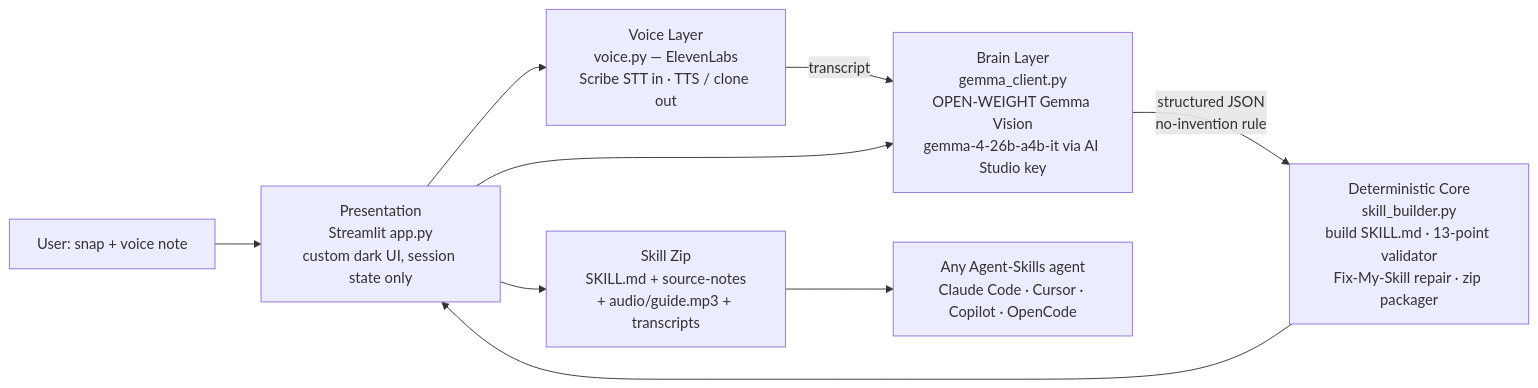
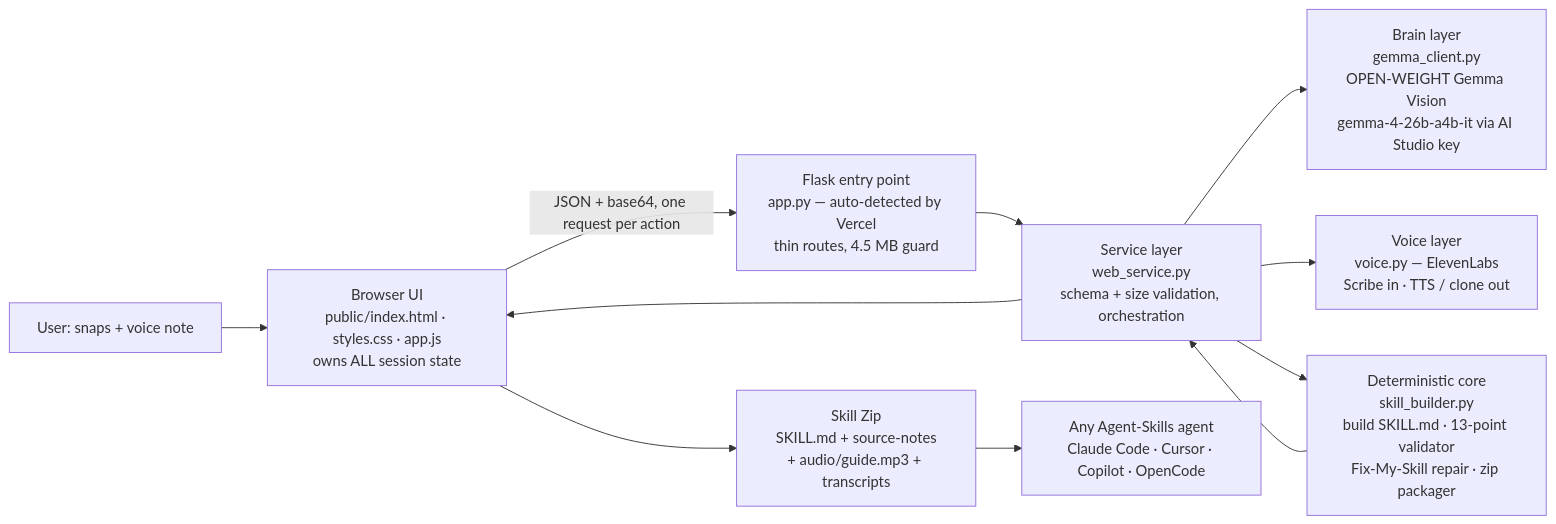
Before and after one commit to leadforgeagency/skiilll2snap: the diagram in ARCHITECTURE.md, drawn with Mermaid. The commit also changed other lines of this file and 19 other files, not shown here.

Commit message:
Snap2Skill v3 — Vercel-native web UI (static public/ + Flask Functions) sharing the same Gemma/ElevenLabs/validator core

````diff
--- a/ARCHITECTURE.md
+++ b/ARCHITECTURE.md
@@ -3,12 +8,12 @@
 ```mermaid
 flowchart LR
-    U[User: snap + voice note] --> UI[Presentation<br/>Streamlit app.py<br/>custom dark UI, session state only]
-    UI --> VL[Voice Layer<br/>voice.py — ElevenLabs<br/>Scribe STT in · TTS / clone out]
-    VL -->|transcript| BL
-    UI --> BL[Brain Layer<br/>gemma_client.py<br/>OPEN-WEIGHT Gemma Vision<br/>gemma-4-26b-a4b-it via AI Studio key]
-    BL -->|structured JSON<br/>no-invention rule| CORE
-    CORE[Deterministic Core<br/>skill_builder.py<br/>build SKILL.md · 13-point validator<br/>Fix-My-Skill repair · zip packager]
-    CORE --> UI
+    U[User: snaps + voice note] --> UI[Browser UI<br/>public/index.html · styles.css · app.js<br/>owns ALL session state]
+    UI -->|JSON + base64, one request per action| FL[Flask entry point<br/>app.py — auto-detected by Vercel<br/>thin routes, 4.5 MB guard]
+    FL --> SV[Service layer<br/>web_service.py<br/>schema + size validation, orchestration]
+    SV --> BL[Brain layer<br/>gemma_client.py<br/>OPEN-WEIGHT Gemma Vision<br/>gemma-4-26b-a4b-it via AI Studio key]
+    SV --> VL[Voice layer<br/>voice.py — ElevenLabs<br/>Scribe in · TTS / clone out]
+    SV --> CORE[Deterministic core<br/>skill_builder.py<br/>build SKILL.md · 13-point validator<br/>Fix-My-Skill repair · zip packager]
+    CORE --> SV --> UI
     UI --> ZIP[Skill Zip<br/>SKILL.md + source-notes<br/>+ audio/guide.mp3 + transcripts]
     ZIP --> AGENTS[Any Agent-Skills agent<br/>Claude Code · Cursor · Copilot · OpenCode]
 ```
````
